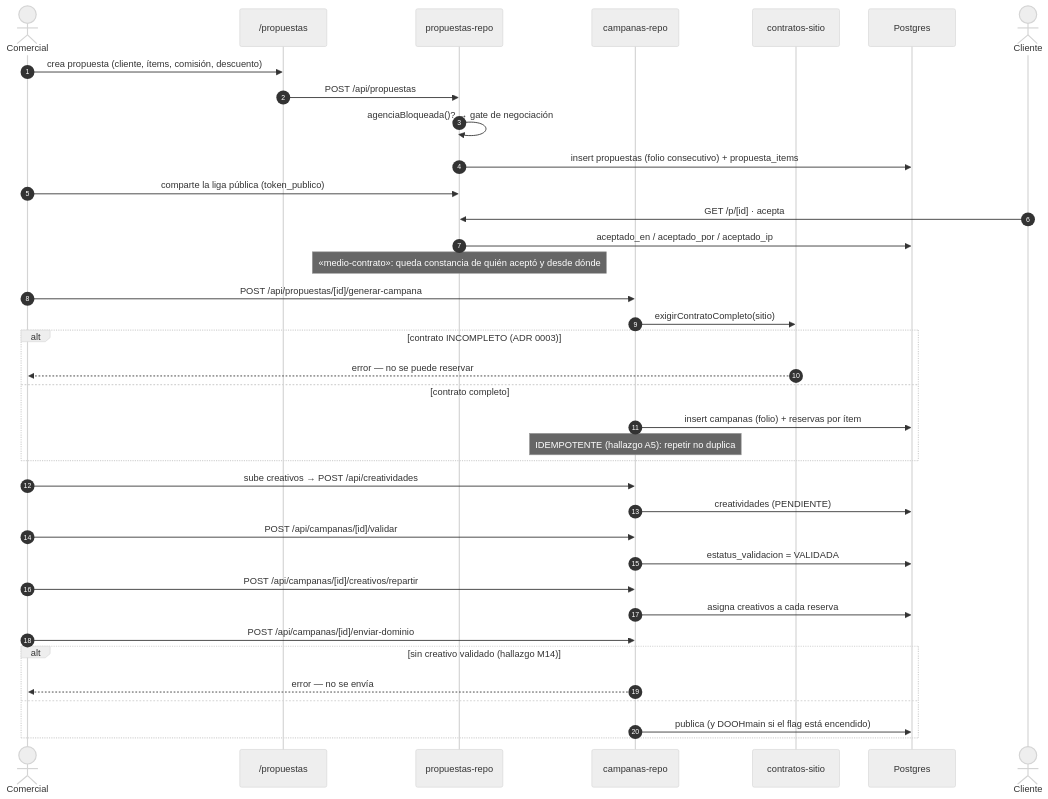
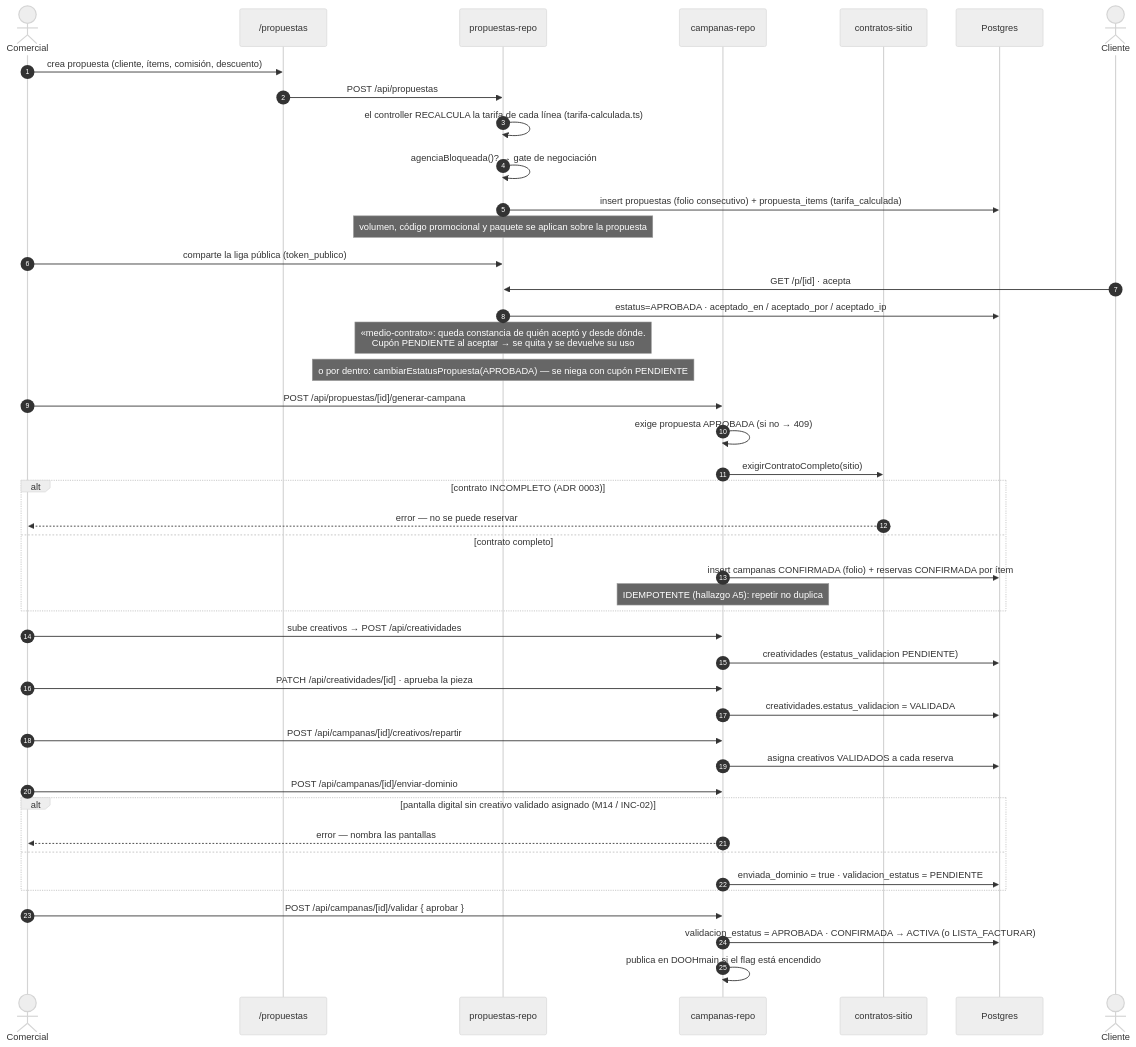
Before and after one commit to emiliano-cyber/spaces_dooh_new: the first of 2 diagrams in vault/05-Flujos/flujo-propuesta-a-campana.md, drawn with Mermaid (neutral theme). The commit also changed other lines of this file and 64 other files, not shown here.

````diff
--- a/vault/05-Flujos/flujo-propuesta-a-campana.md
+++ b/vault/05-Flujos/flujo-propuesta-a-campana.md
@@ -19,42 +26,49 @@
 ```mermaid
 sequenceDiagram
     autonumber
     actor C as Comercial
     participant UI as /propuestas
     participant PR as propuestas-repo
     participant CR as campanas-repo
     participant CS as contratos-sitio
     participant PG as Postgres
     actor CL as Cliente
 
     C->>UI: crea propuesta (cliente, ítems, comisión, descuento)
     UI->>PR: POST /api/propuestas
+    PR->>PR: el controller RECALCULA la tarifa de cada línea (tarifa-calculada.ts)
     PR->>PR: agenciaBloqueada()? → gate de negociación
-    PR->>PG: insert propuestas (folio consecutivo) + propuesta_items
+    PR->>PG: insert propuestas (folio consecutivo) + propuesta_items (tarifa_calculada)
+    Note over PR: volumen, código promocional y paquete se aplican sobre la propuesta
     C->>PR: comparte la liga pública (token_publico)
     CL->>PR: GET /p/[id] · acepta
-    PR->>PG: aceptado_en / aceptado_por / aceptado_ip
-    Note over PR: «medio-contrato»: queda constancia de quién aceptó y desde dónde
+    PR->>PG: estatus=APROBADA · aceptado_en / aceptado_por / aceptado_ip
+    Note over PR: «medio-contrato»: queda constancia de quién aceptó y desde dónde.<br/>Cupón PENDIENTE al aceptar → se quita y se devuelve su uso
+    Note over PR: o por dentro: cambiarEstatusPropuesta(APROBADA) — se niega con cupón PENDIENTE
 
     C->>CR: POST /api/propuestas/[id]/generar-campana
+    CR->>CR: exige propuesta APROBADA (si no → 409)
     CR->>CS: exigirContratoCompleto(sitio)
     alt contrato INCOMPLETO (ADR 0003)
         CS-->>C: error — no se puede reservar
     else contrato completo
-        CR->>PG: insert campanas (folio) + reservas por ítem
+        CR->>PG: insert campanas CONFIRMADA (folio) + reservas CONFIRMADA por ítem
         Note over CR: IDEMPOTENTE (hallazgo A5): repetir no duplica
     end
 
     C->>CR: sube creativos → POST /api/creatividades
-    CR->>PG: creatividades (PENDIENTE)
-    C->>CR: POST /api/campanas/[id]/validar
-    CR->>PG: estatus_validacion = VALIDADA
+    CR->>PG: creatividades (estatus_validacion PENDIENTE)
+    C->>CR: PATCH /api/creatividades/[id] · aprueba la pieza
+    CR->>PG: creatividades.estatus_validacion = VALIDADA
     C->>CR: POST /api/campanas/[id]/creativos/repartir
-    CR->>PG: asigna creativos a cada reserva
+    CR->>PG: asigna creativos VALIDADOS a cada reserva
     C->>CR: POST /api/campanas/[id]/enviar-dominio
-    alt sin creativo validado (hallazgo M14)
-        CR-->>C: error — no se envía
+    alt pantalla digital sin creativo validado asignado (M14 / INC-02)
+        CR-->>C: error — nombra las pantallas
     else
-        CR->>PG: publica (y DOOHmain si el flag está encendido)
+        CR->>PG: enviada_dominio = true · validacion_estatus = PENDIENTE
     end
+    C->>CR: POST /api/campanas/[id]/validar { aprobar }
+    CR->>PG: validacion_estatus = APROBADA · CONFIRMADA → ACTIVA (o LISTA_FACTURAR)
+    CR->>CR: publica en DOOHmain si el flag está encendido
 ```
````
